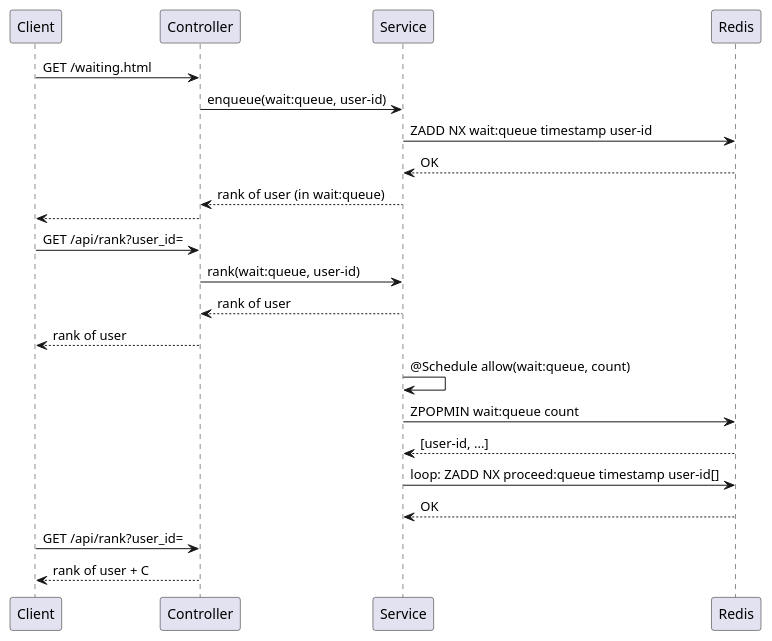
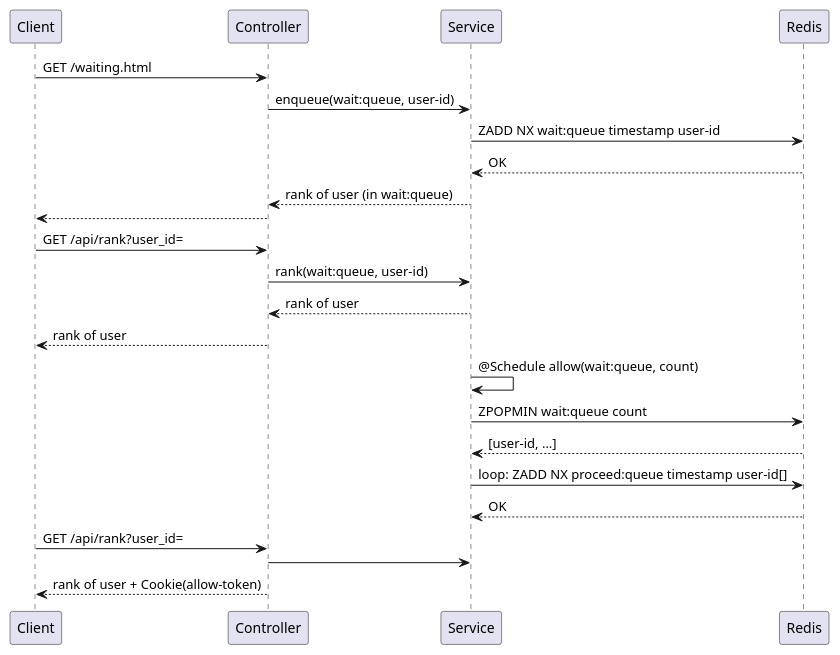
Before and after one commit to yanghoon/obsidian-workspace: the diagram in _diary/2024-06-08.md, drawn with PlantUML.

Commit message:
vault backup: 2024-06-08 14:23:40

````diff
--- a/_diary/2024-06-08.md
+++ b/_diary/2024-06-08.md
@@ -5,22 +5,23 @@
 ```plantuml
 Client -> Controller: GET /waiting.html
 Controller -> Service: enqueue(wait:queue, user-id)
 Service -> Redis: ZADD NX wait:queue timestamp user-id
 Service <-- Redis: OK
 Controller <-- Service: rank of user (in wait:queue)
 Client <-- Controller
 
 Client -> Controller: GET /api/rank?user_id=
 Controller -> Service: rank(wait:queue, user-id)
 Controller <-- Service: rank of user
 Client <-- Controller: rank of user
 
 Service -> Service: @Schedule allow(wait:queue, count)
 Service -> Redis: ZPOPMIN wait:queue count
 Service <-- Redis: [user-id, ...]
 Service -> Redis: loop: ZADD NX proceed:queue timestamp user-id[]
 Service <-- Redis: OK
 
 Client -> Controller: GET /api/rank?user_id=
-Client <-- Controller: rank of user + C
+Controller -> Service
+Client <-- Controller: rank of user + Cookie(allow-token)
 ```
````
